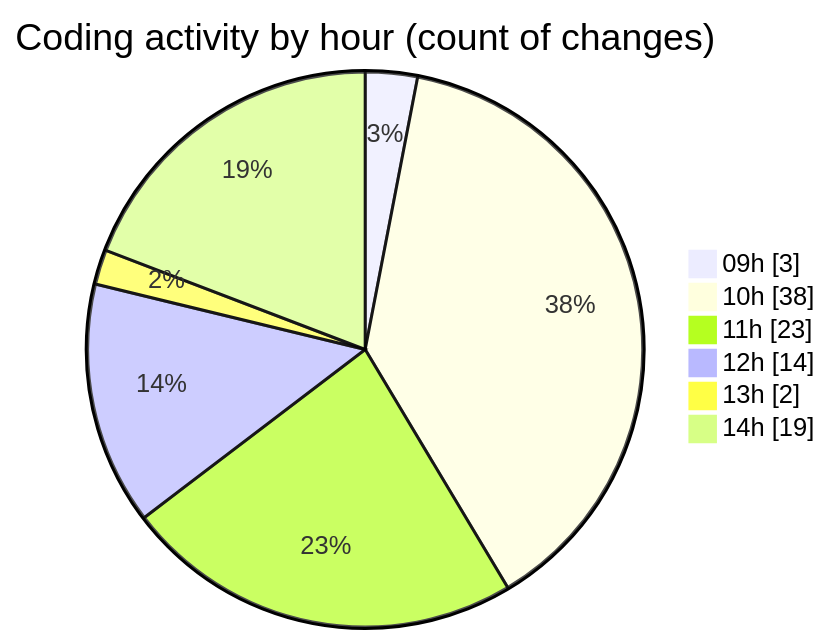
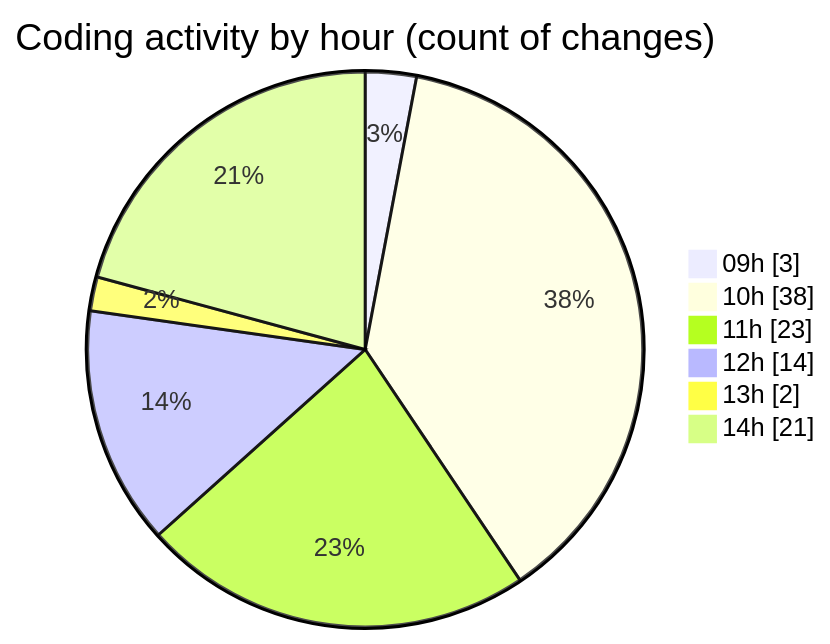
One commit to momahboobian/code-tracking changed the second of 2 diagrams in 2025-11-19/cda/README.md. Above: the diagram before and after it, drawn with Mermaid. The commit also changed other lines of this file and 1 other file, not shown here.

````diff
--- a/2025-11-19/cda/README.md
+++ b/2025-11-19/cda/README.md
@@ -33,10 +33,10 @@
 ```mermaid
 pie showData
 title Coding activity by hour (count of changes)
 "09h" : 3
 "10h" : 38
 "11h" : 23
 "12h" : 14
 "13h" : 2
-"14h" : 19
+"14h" : 21
 ```
````
